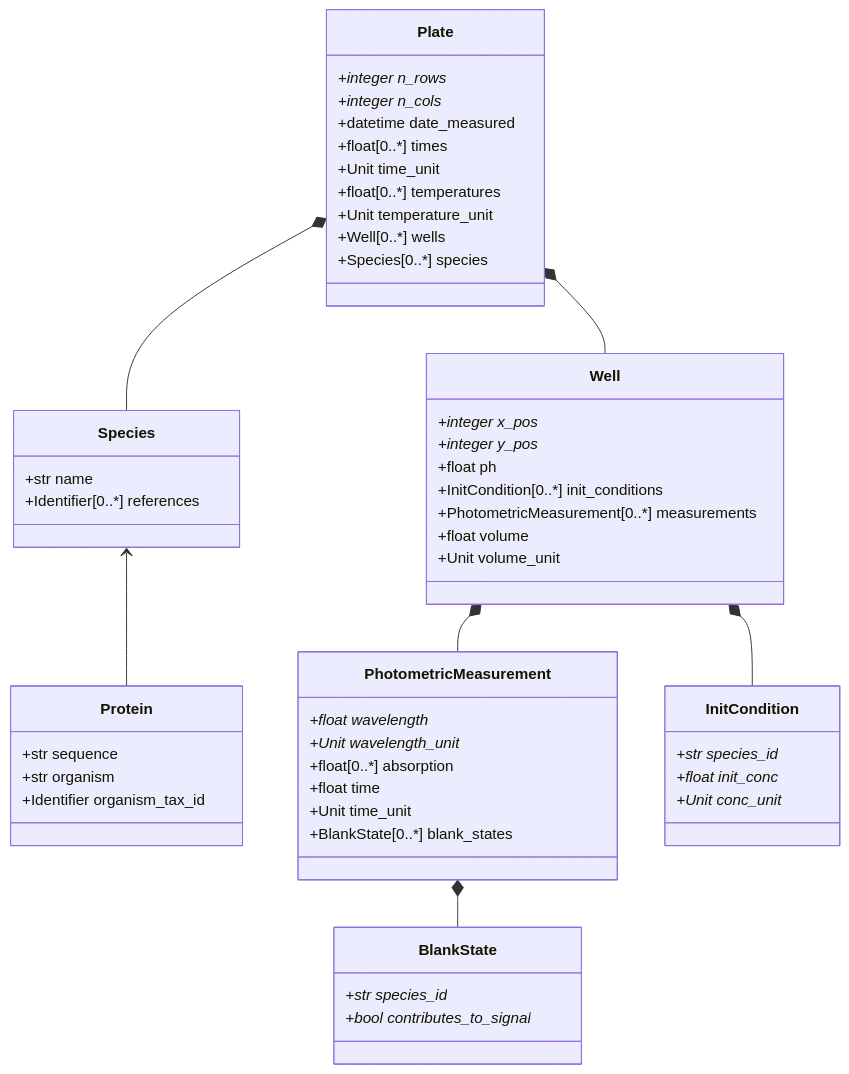
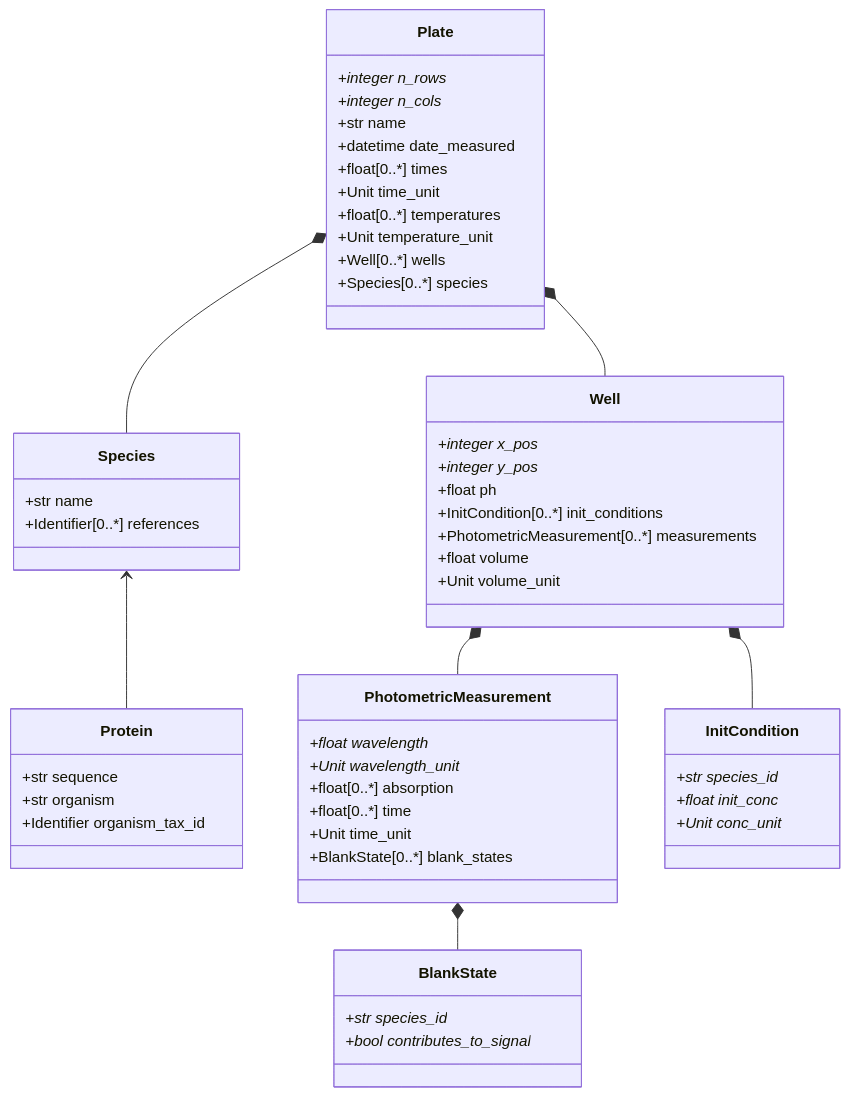
The diagram in MTPHandler/schemes/mtphandler_schema.md (haeussma/MTPHandler), drawn with Mermaid before and after one commit. The commit also changed 17 other files, not shown here.

````diff
--- a/MTPHandler/schemes/mtphandler_schema.md
+++ b/MTPHandler/schemes/mtphandler_schema.md
@@ -1,63 +1,64 @@
 ```mermaid
 classDiagram
     Species <-- Protein
     Plate *-- Species
     Plate *-- Well
     Well *-- PhotometricMeasurement
     Well *-- InitCondition
     PhotometricMeasurement *-- BlankState
     
     class Plate {
         +integer n_rows*
         +integer n_cols*
+        +str name
         +datetime date_measured
         +float[0..*] times
         +Unit time_unit
         +float[0..*] temperatures
         +Unit temperature_unit
         +Well[0..*] wells
         +Species[0..*] species
     }
     
     class Species {
         +str name
         +Identifier[0..*] references
     }
     
     class Protein {
         +str sequence
         +str organism
         +Identifier organism_tax_id
     }
     
     class Well {
         +integer x_pos*
         +integer y_pos*
         +float ph
         +InitCondition[0..*] init_conditions
         +PhotometricMeasurement[0..*] measurements
         +float volume
         +Unit volume_unit
     }
     
     class PhotometricMeasurement {
         +float wavelength*
         +Unit wavelength_unit*
         +float[0..*] absorption
-        +float time
+        +float[0..*] time
         +Unit time_unit
         +BlankState[0..*] blank_states
     }
     
     class InitCondition {
         +str species_id*
         +float init_conc*
         +Unit conc_unit*
     }
     
     class BlankState {
         +str species_id*
         +bool contributes_to_signal*
     }
     
 ```
````
